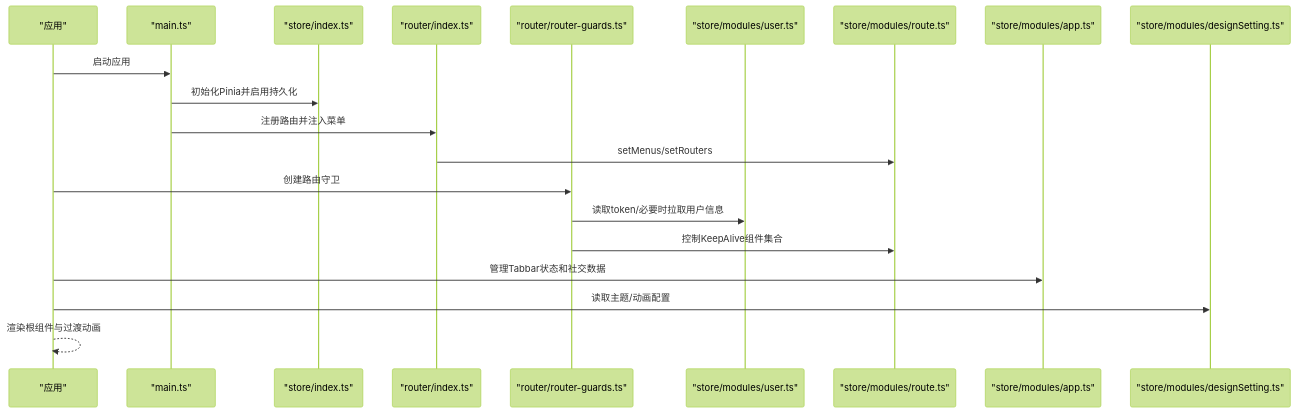
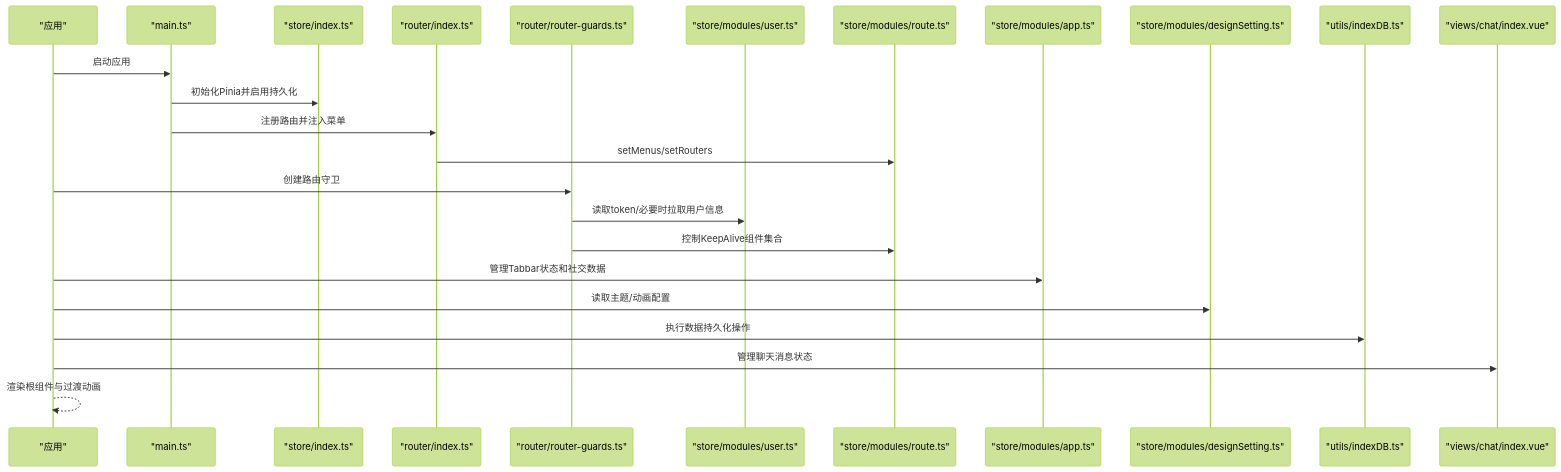
Before and after one commit to giserman001/vue3-vant4-mobile: the second of 10 diagrams in .qoder/repowiki/zh/content/核心系统/状态管理系统/状态管理系统.md, drawn with Mermaid (forest theme). The commit also changed other lines of this file and 17 other files, not shown here.

First line of the commit message:
docs(icon-system): 补充微信风格图标系统文档及架构说明

````diff
--- a/.qoder/repowiki/zh/content/核心系统/状态管理系统/状态管理系统.md
+++ b/.qoder/repowiki/zh/content/核心系统/状态管理系统/状态管理系统.md
@@ -136,22 +156,26 @@
 ```mermaid
 sequenceDiagram
 participant App as "应用"
 participant Main as "main.ts"
 participant Store as "store/index.ts"
 participant Router as "router/index.ts"
 participant Guards as "router/router-guards.ts"
 participant User as "store/modules/user.ts"
 participant Route as "store/modules/route.ts"
 participant AppStore as "store/modules/app.ts"
 participant Design as "store/modules/designSetting.ts"
+participant IndexedDB as "utils/indexDB.ts"
+participant Chat as "views/chat/index.vue"
 App->>Main : 启动应用
 Main->>Store : 初始化Pinia并启用持久化
 Main->>Router : 注册路由并注入菜单
 Router->>Route : setMenus/setRouters
 App->>Guards : 创建路由守卫
 Guards->>User : 读取token/必要时拉取用户信息
 Guards->>Route : 控制KeepAlive组件集合
 App->>AppStore : 管理Tabbar状态和社交数据
 App->>Design : 读取主题/动画配置
+App->>IndexedDB : 执行数据持久化操作
+App->>Chat : 管理聊天消息状态
 App-->>App : 渲染根组件与过渡动画
 ```
````
